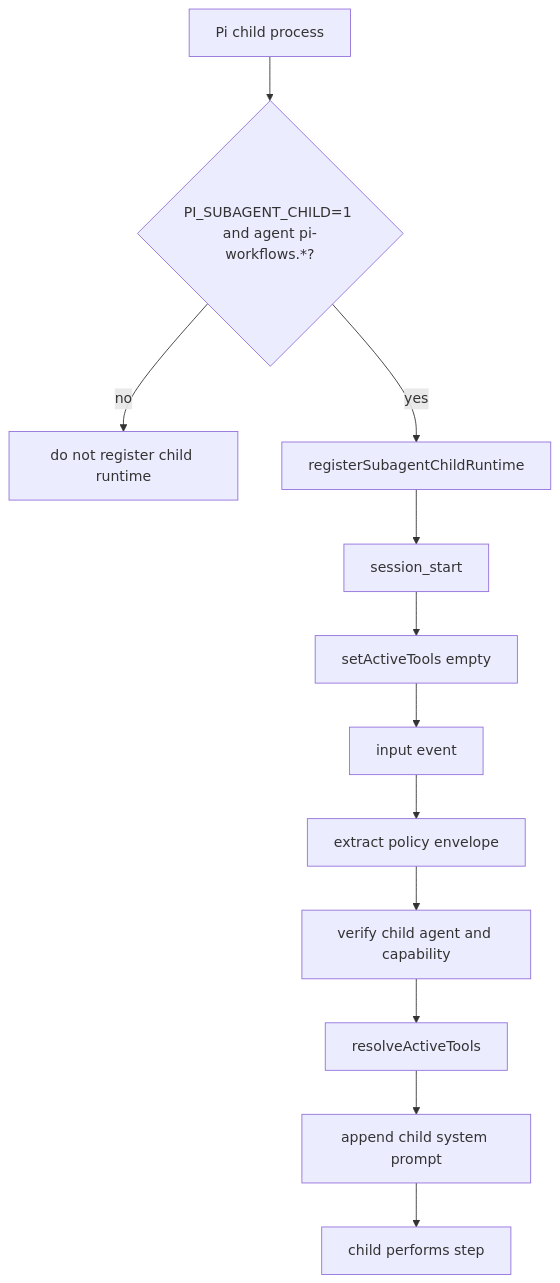
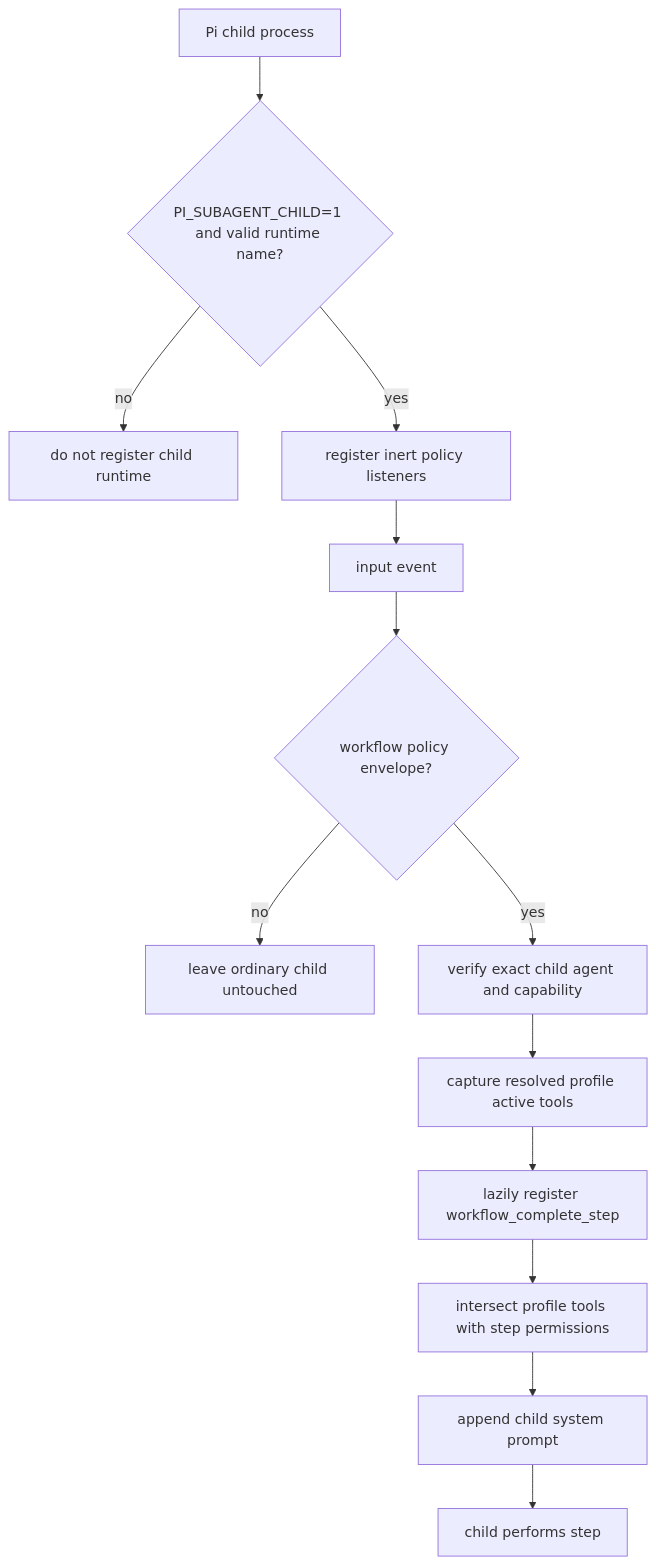
The third of 6 diagrams in openwiki/integrations/subagents.md (wichayutdew/pi-workflows), drawn with Mermaid before and after one commit. The commit also changed other lines of this file and 84 other files, not shown here.

````diff
--- a/openwiki/integrations/subagents.md
+++ b/openwiki/integrations/subagents.md
@@ -42,14 +49,15 @@
 ```mermaid
 flowchart TD
-  PiChild[Pi child process] --> Env{PI_SUBAGENT_CHILD=1 and agent pi-workflows.*?}
+  PiChild[Pi child process] --> Env{PI_SUBAGENT_CHILD=1 and valid runtime name?}
   Env -- no --> Stop[do not register child runtime]
-  Env -- yes --> Runtime[registerSubagentChildRuntime]
-  Runtime --> SessionStart[session_start]
-  SessionStart --> NoTools[setActiveTools empty]
-  NoTools --> Input[input event]
-  Input --> Extract[extract policy envelope]
-  Extract --> Verify[verify child agent and capability]
-  Verify --> Narrow[resolveActiveTools]
+  Env -- yes --> Runtime[register inert policy listeners]
+  Runtime --> Input[input event]
+  Input --> Envelope{workflow policy envelope?}
+  Envelope -- no --> Ordinary[leave ordinary child untouched]
+  Envelope -- yes --> Verify[verify exact child agent and capability]
+  Verify --> Baseline[capture resolved profile active tools]
+  Baseline --> Complete[lazily register workflow_complete_step]
+  Complete --> Narrow[intersect profile tools with step permissions]
   Narrow --> Prompt[append child system prompt]
   Prompt --> Work[child performs step]
 ```
````
